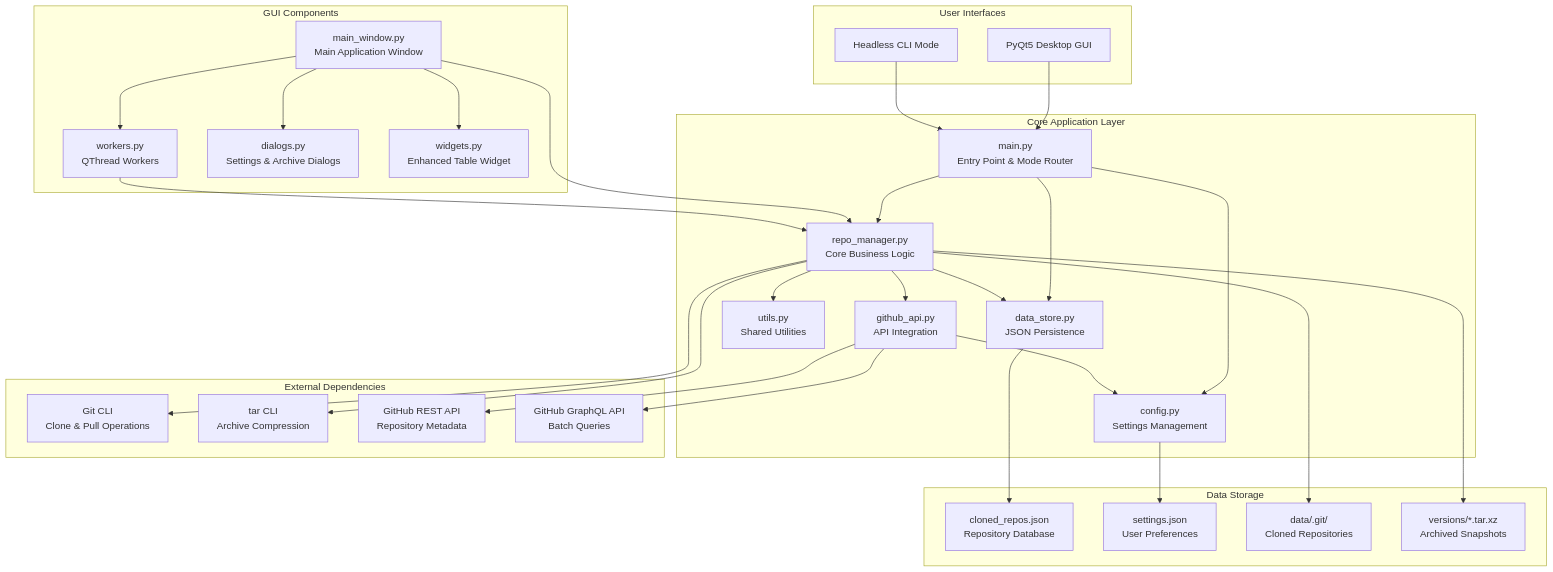
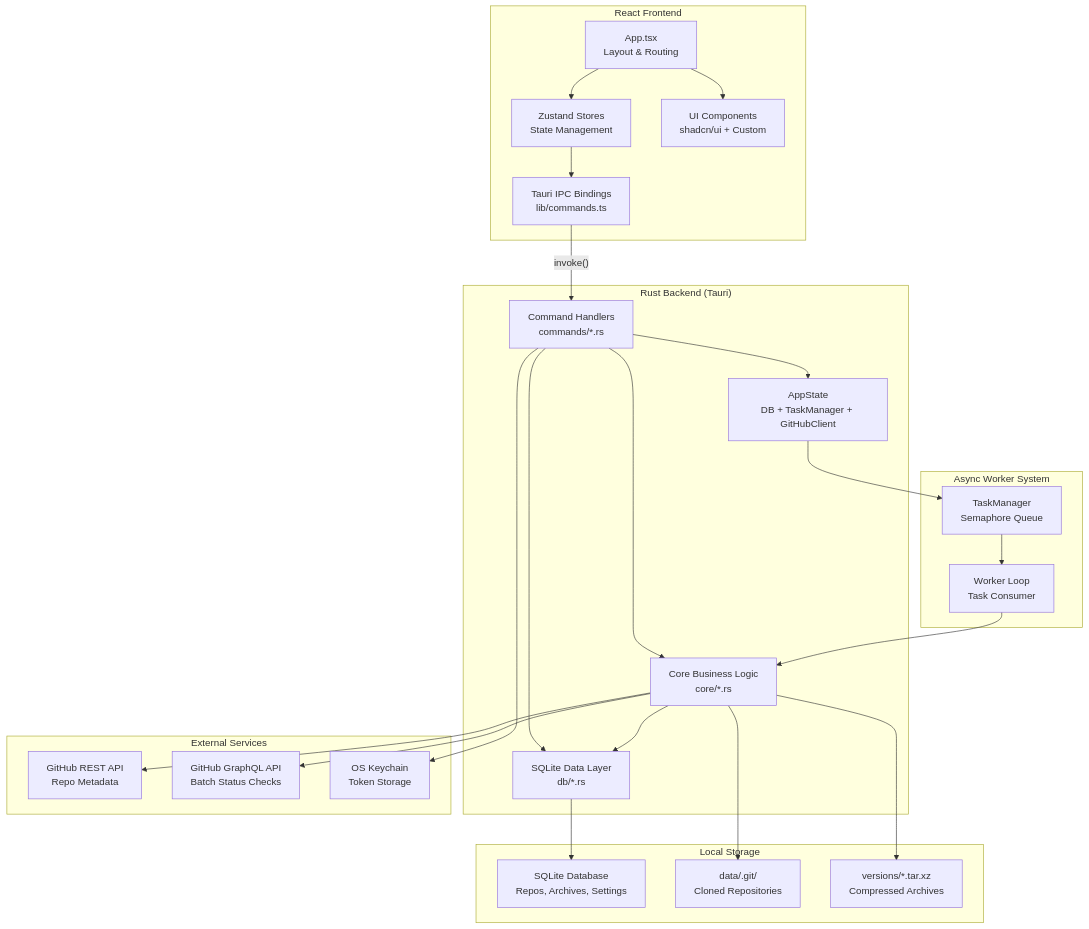
Before and after one commit to Technical-1/Git-Archiver: the first of 3 diagrams in .portfolio/architecture.md, drawn with Mermaid. The commit also changed other lines of this file and 3 other files, not shown here.

First line of the commit message:
docs: update all documentation for v2.0.0 Rust/Tauri rewrite

````diff
--- a/.portfolio/architecture.md
+++ b/.portfolio/architecture.md
@@ -5,64 +5,55 @@
 ```mermaid
 flowchart TB
-    subgraph User["User Interfaces"]
-        GUI["PyQt5 Desktop GUI"]
-        CLI["Headless CLI Mode"]
+    subgraph Frontend["React Frontend"]
+        App["App.tsx<br/>Layout & Routing"]
+        Stores["Zustand Stores<br/>State Management"]
+        Components["UI Components<br/>shadcn/ui + Custom"]
+        TauriAPI["Tauri IPC Bindings<br/>lib/commands.ts"]
     end
 
-    subgraph Core["Core Application Layer"]
-        Main["main.py<br/>Entry Point & Mode Router"]
-        RepoMgr["repo_manager.py<br/>Core Business Logic"]
-        DataStore["data_store.py<br/>JSON Persistence"]
-        GitHubAPI["github_api.py<br/>API Integration"]
-        Config["config.py<br/>Settings Management"]
-        Utils["utils.py<br/>Shared Utilities"]
+    subgraph Backend["Rust Backend (Tauri)"]
+        Commands["Command Handlers<br/>commands/*.rs"]
+        Core["Core Business Logic<br/>core/*.rs"]
+        DB["SQLite Data Layer<br/>db/*.rs"]
+        State["AppState<br/>DB + TaskManager + GitHubClient"]
     end
 
-    subgraph GUI_Layer["GUI Components"]
-        MainWindow["main_window.py<br/>Main Application Window"]
-        Workers["workers.py<br/>QThread Workers"]
-        Dialogs["dialogs.py<br/>Settings & Archive Dialogs"]
-        Widgets["widgets.py<br/>Enhanced Table Widget"]
+    subgraph Workers["Async Worker System"]
+        TaskMgr["TaskManager<br/>Semaphore Queue"]
+        WorkerLoop["Worker Loop<br/>Task Consumer"]
     end
 
-    subgraph External["External Dependencies"]
-        GitCLI["Git CLI<br/>Clone & Pull Operations"]
-        TarCLI["tar CLI<br/>Archive Compression"]
-        GitHubREST["GitHub REST API<br/>Repository Metadata"]
-        GitHubGraphQL["GitHub GraphQL API<br/>Batch Queries"]
+    subgraph External["External Services"]
+        GitHubREST["GitHub REST API<br/>Repo Metadata"]
+        GitHubGraphQL["GitHub GraphQL API<br/>Batch Status Checks"]
+        Keychain["OS Keychain<br/>Token Storage"]
     end
 
-    subgraph Storage["Data Storage"]
-        JSON["cloned_repos.json<br/>Repository Database"]
-        Settings["settings.json<br/>User Preferences"]
-        DataFolder["data/<repo>.git/<br/>Cloned Repositories"]
-        Versions["versions/*.tar.xz<br/>Archived Snapshots"]
+    subgraph Storage["Local Storage"]
+        SQLite["SQLite Database<br/>Repos, Archives, Settings"]
+        DataDir["data/<repo>.git/<br/>Cloned Repositories"]
+        Archives["versions/*.tar.xz<br/>Compressed Archives"]
     end
 
-    GUI --> Main
-    CLI --> Main
-    Main --> RepoMgr
-    Main --> DataStore
-    Main --> Config
+    App --> Stores
+    App --> Components
+    Stores --> TauriAPI
+    TauriAPI --> |"invoke()"| Commands
 
-    RepoMgr --> DataStore
-    RepoMgr --> GitHubAPI
-    RepoMgr --> Utils
-    RepoMgr --> GitCLI
-    RepoMgr --> TarCLI
+    Commands --> Core
+    Commands --> DB
+    Commands --> State
 
-    GitHubAPI --> GitHubREST
-    GitHubAPI --> GitHubGraphQL
-    GitHubAPI --> Config
+    Core --> DB
+    State --> TaskMgr
+    TaskMgr --> WorkerLoop
+    WorkerLoop --> Core
 
-    MainWindow --> Workers
-    MainWindow --> Dialogs
-    MainWindow --> Widgets
-    MainWindow --> RepoMgr
-    Workers --> RepoMgr
+    Core --> GitHubREST
+    Core --> GitHubGraphQL
+    Commands --> Keychain
 
-    DataStore --> JSON
-    Config --> Settings
-    RepoMgr --> DataFolder
-    RepoMgr --> Versions
+    DB --> SQLite
+    Core --> DataDir
+    Core --> Archives
 ```
````
